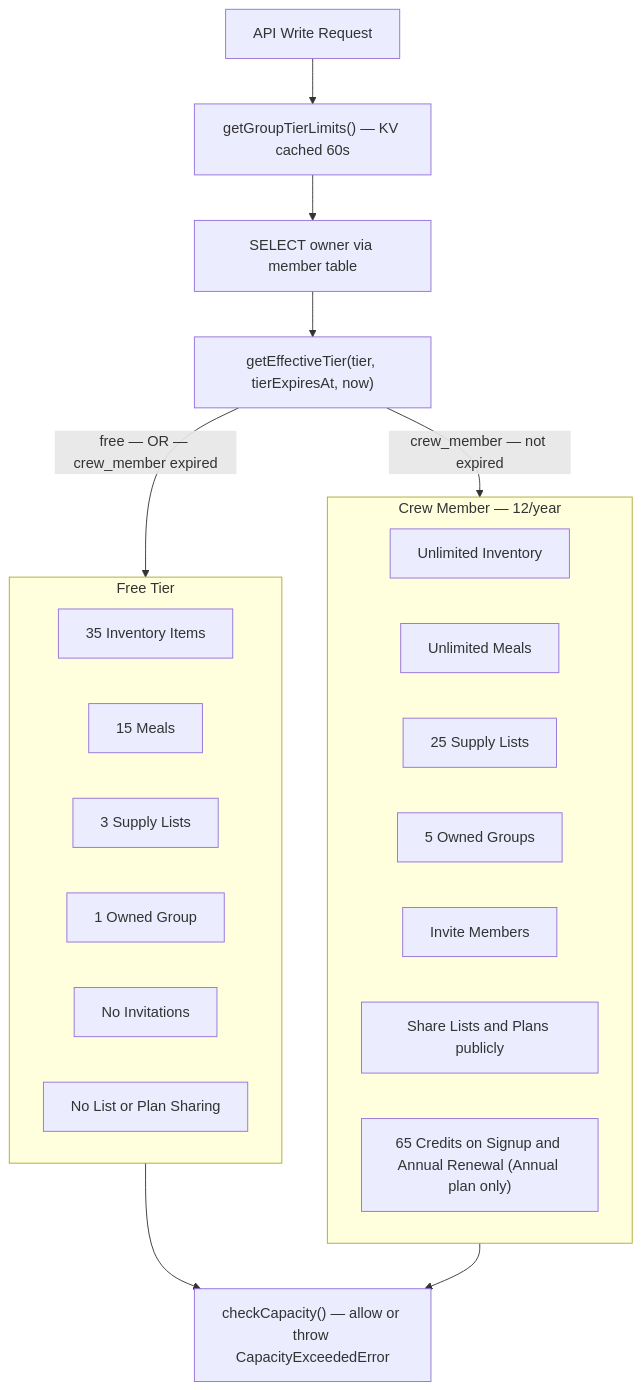
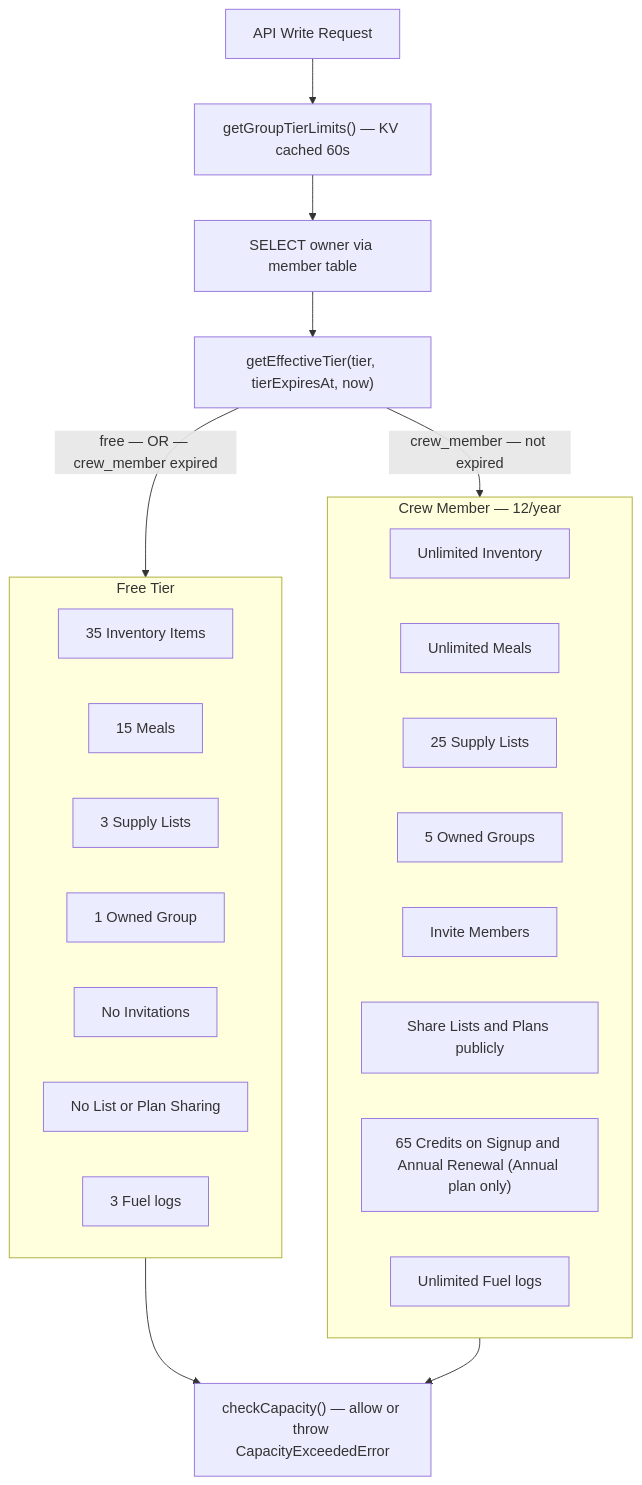
One commit to bjamesdowning/ration-mirror changed diagram 20 of 23 in README.md. Above: the diagram before and after it, drawn with Mermaid. The commit also changed 7 other files, not shown here.

First line of the commit message:
feat: use the same Unlimited Fuel logs phrase in FAQ, docs, and list duplicate

````diff
--- a/README.md
+++ b/README.md
@@ -1592,31 +1592,33 @@
 ```mermaid
 flowchart TB
     subgraph FreeTier["Free Tier"]
         F1["35 Inventory Items"]
         F2["15 Meals"]
         F3["3 Supply Lists"]
         F4["1 Owned Group"]
         F5["No Invitations"]
         F6["No List or Plan Sharing"]
+        F7["3 Fuel logs"]
     end
 
     subgraph CrewTier["Crew Member — 12/year"]
         C1["Unlimited Inventory"]
         C2["Unlimited Meals"]
         C3["25 Supply Lists"]
         C4["5 Owned Groups"]
         C5["Invite Members"]
         C6["Share Lists and Plans publicly"]
         C7["65 Credits on Signup and Annual Renewal (Annual plan only)"]
+        C8["Unlimited Fuel logs"]
     end
 
     CheckRequest["API Write Request"] --> GetTier["getGroupTierLimits() — KV cached 60s"]
     GetTier --> FindOwner["SELECT owner via member table"]
     FindOwner --> CheckExpiry["getEffectiveTier(tier, tierExpiresAt, now)"]
 
     CheckExpiry -->|"crew_member — not expired"| CrewTier
     CheckExpiry -->|"free — OR — crew_member expired"| FreeTier
 
     FreeTier --> Enforce["checkCapacity() — allow or throw CapacityExceededError"]
     CrewTier --> Enforce
 ```
````
